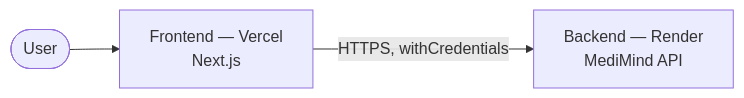
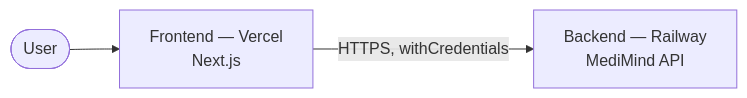
The second of 2 diagrams in README.md (Femi-ID/medimind-app), drawn with Mermaid before and after one commit. The commit also changed other lines of this file, not shown here.

````diff
--- a/README.md
+++ b/README.md
@@ -290,5 +300,5 @@
 ```mermaid
 flowchart LR
     User(["User"]) --> Vercel["Frontend — Vercel<br/>Next.js"]
-    Vercel -->|HTTPS, withCredentials| Render["Backend — Render<br/>MediMind API"]
+    Vercel -->|HTTPS, withCredentials| Railway["Backend — Railway<br/>MediMind API"]
 ```
````
